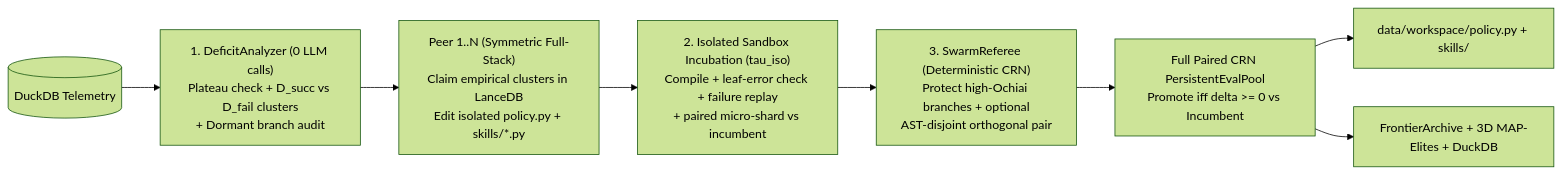
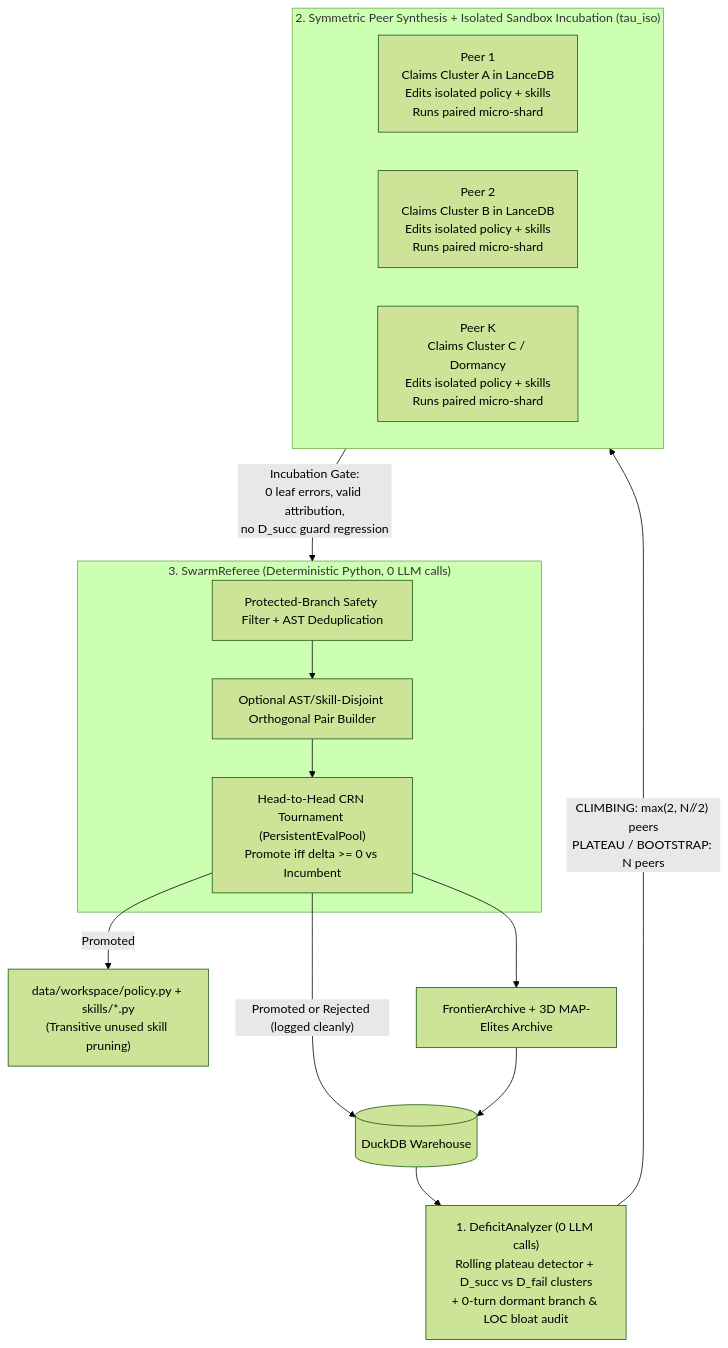
The diagram in README.md (saejin-moon/lox), drawn with Mermaid (forest theme) before and after one commit. The commit also changed other lines of this file, not shown here.

Commit message:
Expand architectural details in README

````diff
--- a/README.md
+++ b/README.md
@@ -39,10 +45,27 @@
 ```mermaid
-flowchart LR
-    DB[(DuckDB Telemetry)] --> DEF["1. DeficitAnalyzer (0 LLM calls)\nPlateau check + D_succ vs D_fail clusters\n+ Dormant branch audit"]
-    DEF --> P1["Peer 1..N (Symmetric Full-Stack)\nClaim empirical clusters in LanceDB\nEdit isolated policy.py + skills/*.py"]
-    P1 --> INC["2. Isolated Sandbox Incubation (tau_iso)\nCompile + leaf-error check + failure replay\n+ paired micro-shard vs incumbent"]
-    INC --> REF["3. SwarmReferee (Deterministic CRN)\nProtect high-Ochiai branches + optional\nAST-disjoint orthogonal pair"]
-    REF --> POOL["Full Paired CRN PersistentEvalPool\nPromote iff delta >= 0 vs Incumbent"]
-    POOL --> WS["data/workspace/policy.py + skills/"]
-    POOL --> ARCH["FrontierArchive + 3D MAP-Elites + DuckDB"]
+flowchart TB
+    DB[(DuckDB Warehouse)] --> DEF["1. DeficitAnalyzer (0 LLM calls)\nRolling plateau detector + D_succ vs D_fail clusters\n+ 0-turn dormant branch & LOC bloat audit"]
+
+    DEF -->|"CLIMBING: max(2, N//2) peers\nPLATEAU / BOOTSTRAP: N peers"| PEERS
+
+    subgraph PEERS["2. Symmetric Peer Synthesis + Isolated Sandbox Incubation (tau_iso)"]
+        direction LR
+        P1["Peer 1\nClaims Cluster A in LanceDB\nEdits isolated policy + skills\nRuns paired micro-shard"]
+        P2["Peer 2\nClaims Cluster B in LanceDB\nEdits isolated policy + skills\nRuns paired micro-shard"]
+        PN["Peer K\nClaims Cluster C / Dormancy\nEdits isolated policy + skills\nRuns paired micro-shard"]
+    end
+
+    PEERS -->|"Incubation Gate:\n0 leaf errors, valid attribution,\nno D_succ guard regression"| REF
+
+    subgraph REF["3. SwarmReferee (Deterministic Python, 0 LLM calls)"]
+        FLT["Protected-Branch Safety Filter + AST Deduplication"]
+        ORTHO["Optional AST/Skill-Disjoint Orthogonal Pair Builder"]
+        CRN["Head-to-Head CRN Tournament (PersistentEvalPool)\nPromote iff delta >= 0 vs Incumbent"]
+        FLT --> ORTHO --> CRN
+    end
+
+    CRN -->|"Promoted"| WS["data/workspace/policy.py + skills/*.py\n(Transitive unused skill pruning)"]
+    CRN -->|"Promoted or Rejected (logged cleanly)"| DB
+    CRN --> ARCH["FrontierArchive + 3D MAP-Elites Archive"]
+    ARCH --> DB
 ```
````
